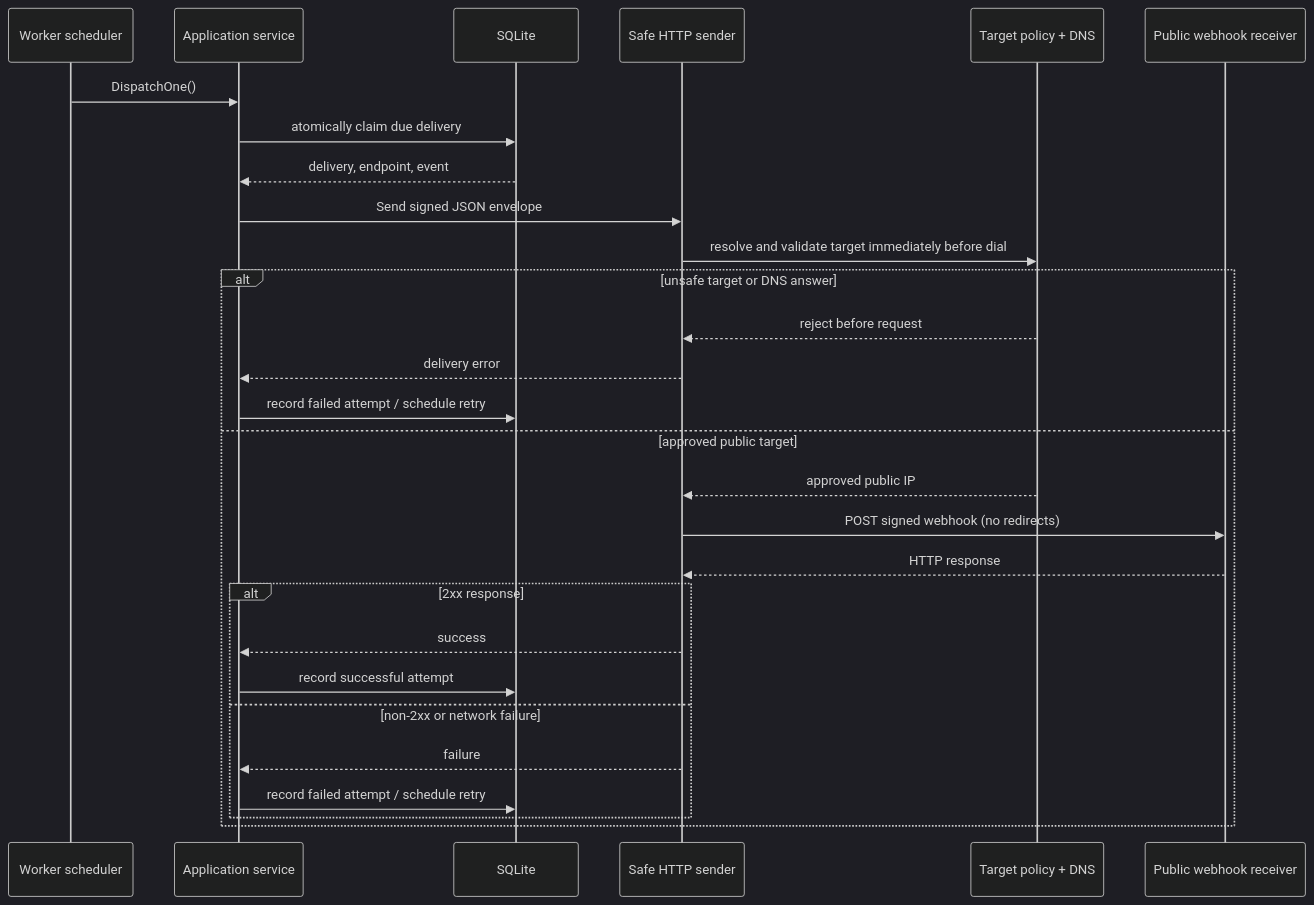
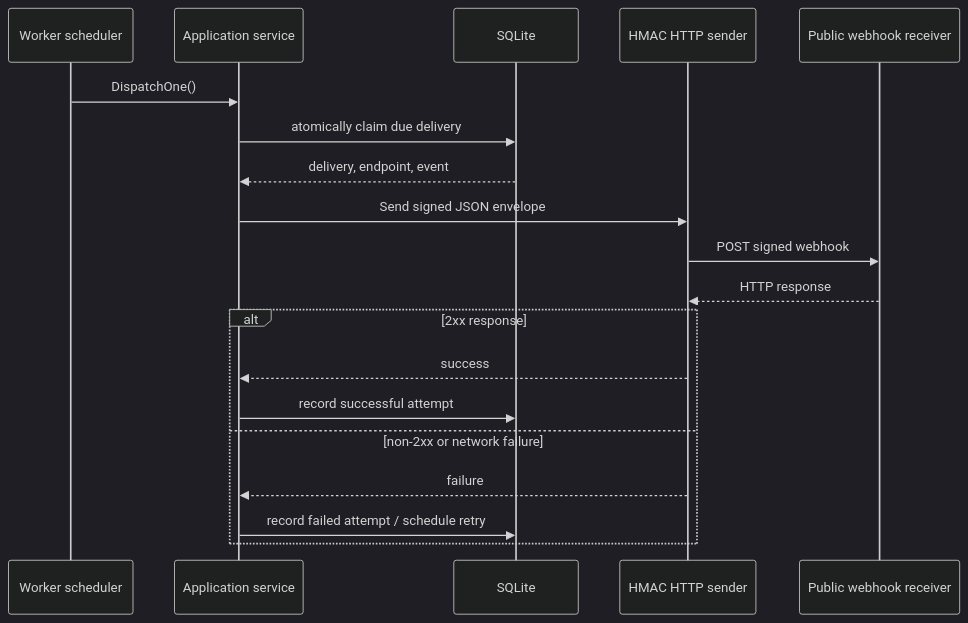
Diagram 12 of 12 in docs/endpoint-sequences.md (erickfunier/payrelay), drawn with Mermaid (dark theme) before and after one commit.

Commit message:
docs: keep delivery sequence merge independent

````diff
--- a/docs/endpoint-sequences.md
+++ b/docs/endpoint-sequences.md
@@ -282,30 +282,21 @@
 ```mermaid
 sequenceDiagram
     participant Worker as Worker scheduler
     participant App as Application service
     participant DB as SQLite
-    participant Sender as Safe HTTP sender
-    participant DNS as Target policy + DNS
+    participant Sender as HMAC HTTP sender
     participant Receiver as Public webhook receiver
     Worker->>App: DispatchOne()
     App->>DB: atomically claim due delivery
     DB-->>App: delivery, endpoint, event
     App->>Sender: Send signed JSON envelope
-    Sender->>DNS: resolve and validate target immediately before dial
-    alt unsafe target or DNS answer
-        DNS-->>Sender: reject before request
-        Sender-->>App: delivery error
+    Sender->>Receiver: POST signed webhook
+    Receiver-->>Sender: HTTP response
+    alt 2xx response
+        Sender-->>App: success
+        App->>DB: record successful attempt
+    else non-2xx or network failure
+        Sender-->>App: failure
         App->>DB: record failed attempt / schedule retry
-    else approved public target
-        DNS-->>Sender: approved public IP
-        Sender->>Receiver: POST signed webhook (no redirects)
-        Receiver-->>Sender: HTTP response
-        alt 2xx response
-            Sender-->>App: success
-            App->>DB: record successful attempt
-        else non-2xx or network failure
-            Sender-->>App: failure
-            App->>DB: record failed attempt / schedule retry
-        end
     end
 ```
````
